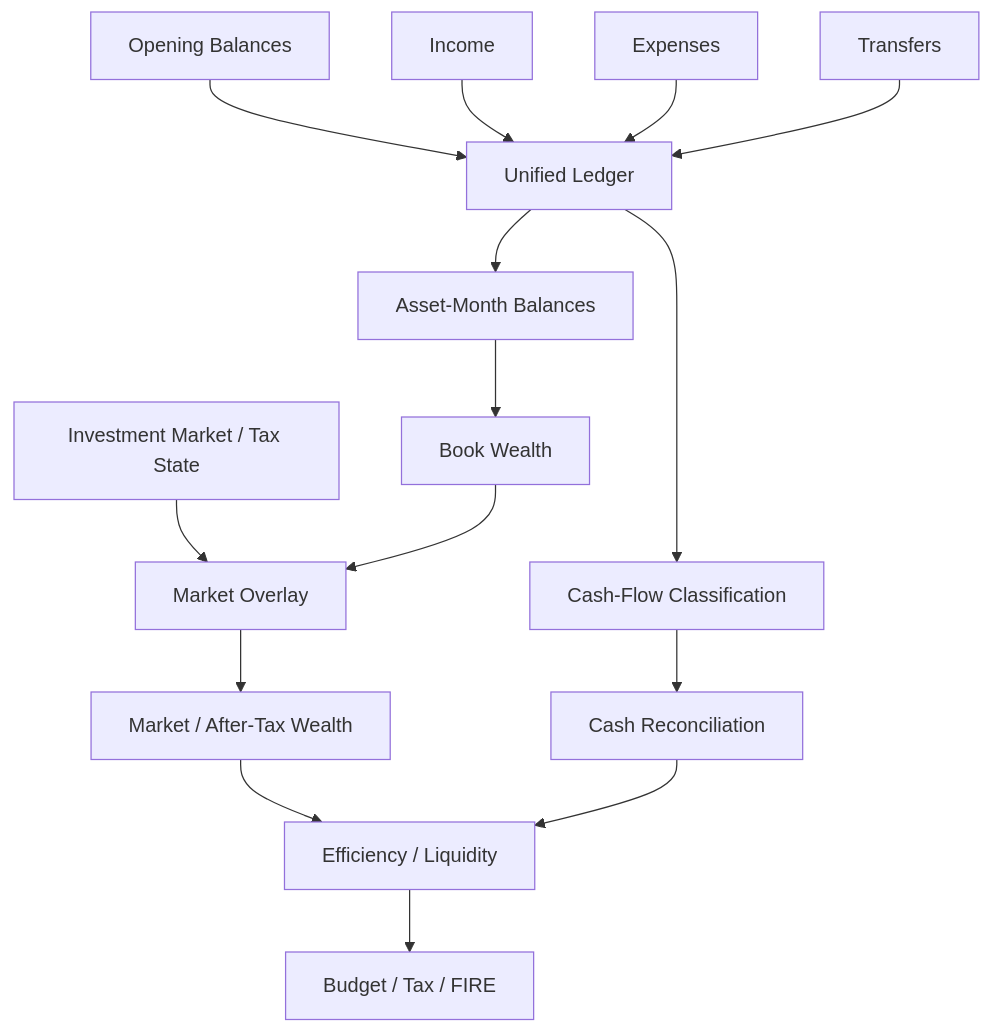
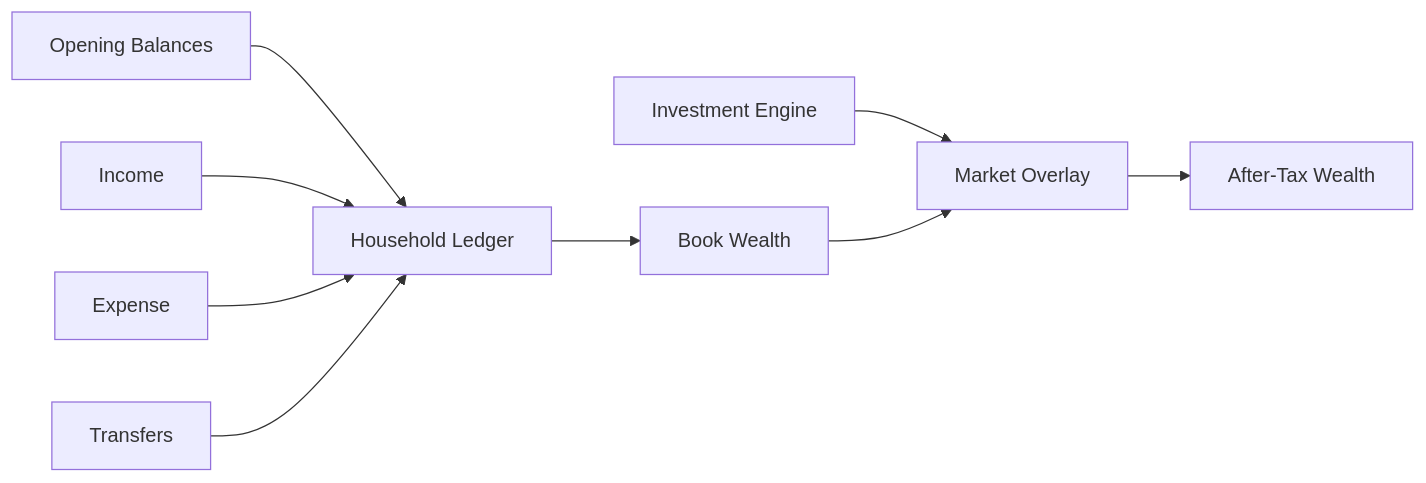
Before and after one commit to tks18/personal-finance-etl: the first of 2 diagrams in docs/finance/cashflow-and-wealth.md, drawn with Mermaid. The commit also changed other lines of this file and 5 other files, not shown here.

````diff
--- a/docs/finance/cashflow-and-wealth.md
+++ b/docs/finance/cashflow-and-wealth.md
@@ -25,21 +23,12 @@
 ```mermaid
-flowchart TB
-    OB["Opening Balances"] --> LED["Unified Ledger"]
-    INC["Income"] --> LED
-    EXP["Expenses"] --> LED
-    TR["Transfers"] --> LED
+flowchart LR
+    OPEN["Opening Balances"] --> LEDGER["Household Ledger"]
+    INC["Income"] --> LEDGER
+    EXP["Expense"] --> LEDGER
+    TR["Transfers"] --> LEDGER
+    LEDGER --> BOOK["Book Wealth"]
 
-    LED --> AB["Asset-Month Balances"]
-    AB --> BOOK["Book Wealth"]
-
-    INV["Investment Market / Tax State"] --> MKT["Market Overlay"]
-    BOOK --> MKT
-    MKT --> NW["Market / After-Tax Wealth"]
-
-    LED --> CF["Cash-Flow Classification"]
-    CF --> REC["Cash Reconciliation"]
-
-    NW --> EFF["Efficiency / Liquidity"]
-    REC --> EFF
-    EFF --> PLAN["Budget / Tax / FIRE"]
+    INV["Investment Engine"] --> MARKET["Market Overlay"]
+    BOOK --> MARKET
+    MARKET --> AFTER["After-Tax Wealth"]
 ```
````
